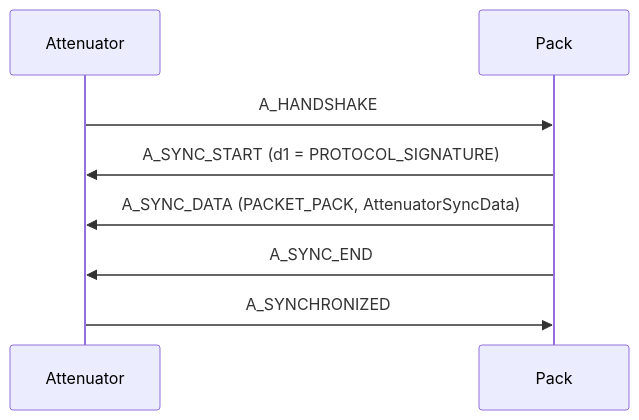
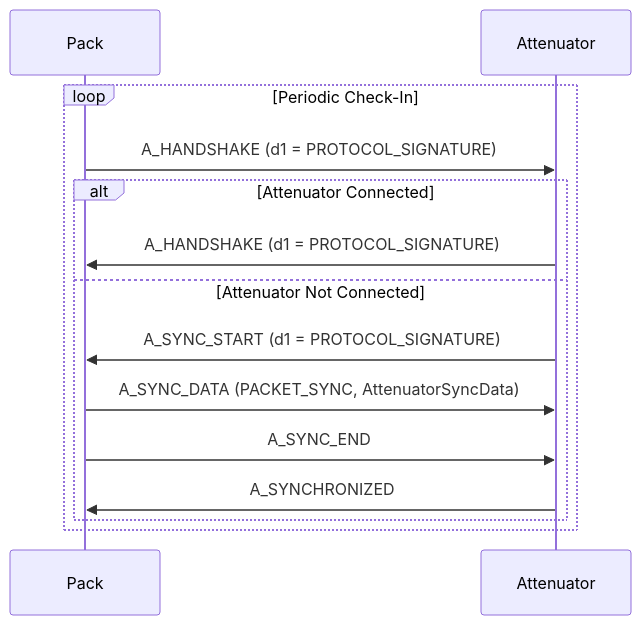
One commit to GPStarTechnologies/GPStar-Core-Source changed the first of 5 diagrams in source/SharedLib/Communication/API_SEQUENCES.md. Above: the diagram before and after it, drawn with Mermaid. The commit also changed other lines of this file and 30 other files, not shown here.

Commit message:
Update flows, reduce duplicated commands

````diff
--- a/source/SharedLib/Communication/API_SEQUENCES.md
+++ b/source/SharedLib/Communication/API_SEQUENCES.md
@@ -7,11 +7,17 @@
 ```mermaid
 sequenceDiagram
+		participant P as Pack
 		participant A as Attenuator
-		participant P as Pack
 
-		A->>P: A_HANDSHAKE
-		P->>A: A_SYNC_START (d1 = PROTOCOL_SIGNATURE)
-		P->>A: A_SYNC_DATA (PACKET_PACK, AttenuatorSyncData)
-		P->>A: A_SYNC_END
-		A->>P: A_SYNCHRONIZED
+		loop Periodic Check-In
+			P->>A: A_HANDSHAKE (d1 = PROTOCOL_SIGNATURE)
+			alt Attenuator Connected
+				A->>P: A_HANDSHAKE (d1 = PROTOCOL_SIGNATURE)
+			else Attenuator Not Connected
+				A->>P: A_SYNC_START (d1 = PROTOCOL_SIGNATURE)
+				P->>A: A_SYNC_DATA (PACKET_SYNC, AttenuatorSyncData)
+				P->>A: A_SYNC_END
+				A->>P: A_SYNCHRONIZED
+			end
+		end
 ```
````
